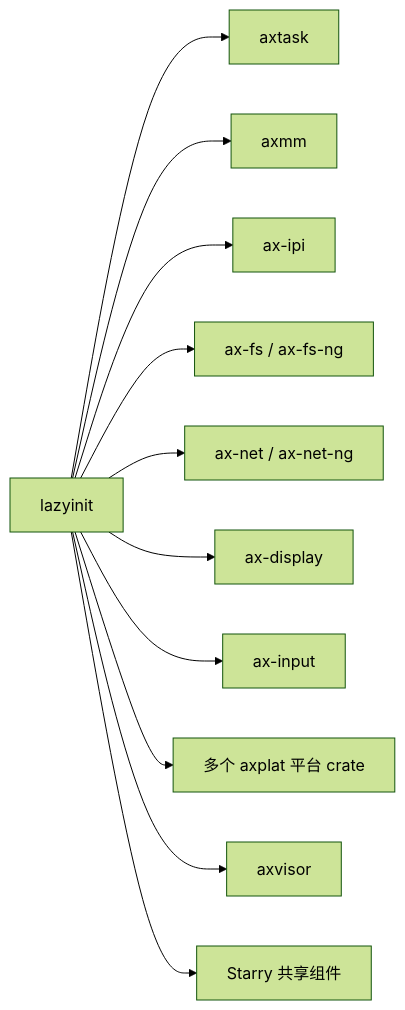
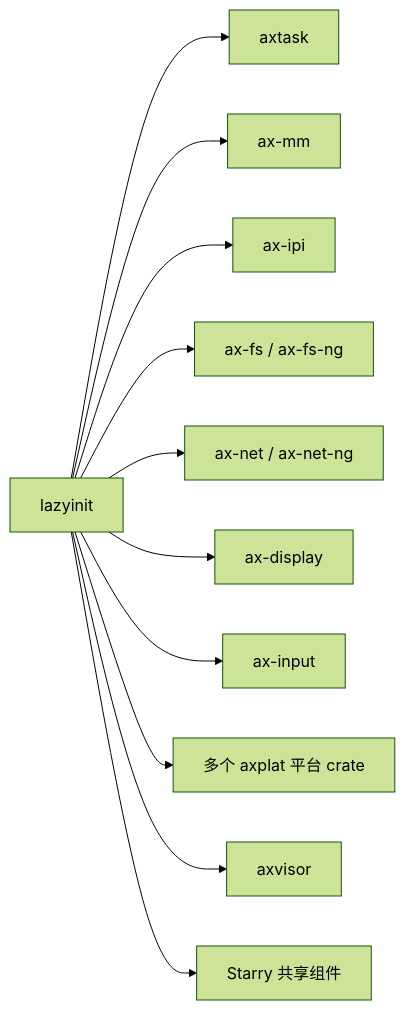
The second of 2 diagrams in docs/crates/lazyinit.md (yfblock/tgoskits), drawn with Mermaid (forest theme) before and after one commit. The commit also changed other lines of this file and 34 other files, not shown here.

````diff
--- a/docs/crates/lazyinit.md
+++ b/docs/crates/lazyinit.md
@@ -72,13 +72,13 @@
 ```mermaid
 graph LR
     lazyinit["lazyinit"] --> axtask["axtask"]
-    lazyinit --> axmm["axmm"]
+    lazyinit --> ax-mm["ax-mm"]
     lazyinit --> ax-ipi["ax-ipi"]
     lazyinit --> ax-fs["ax-fs / ax-fs-ng"]
     lazyinit --> ax-net["ax-net / ax-net-ng"]
     lazyinit --> ax-display["ax-display"]
     lazyinit --> ax-input["ax-input"]
     lazyinit --> axplat["多个 axplat 平台 crate"]
     lazyinit --> axvisor["axvisor"]
     lazyinit --> starry["Starry 共享组件"]
 ```
````
